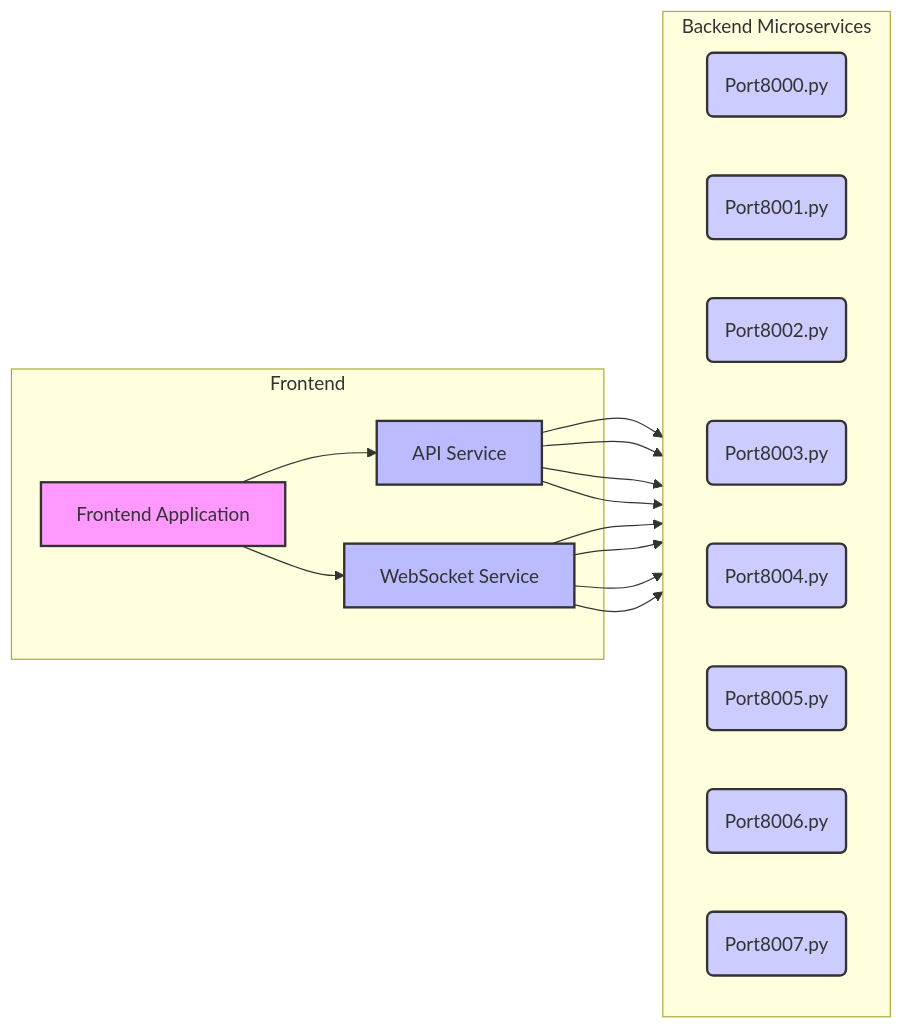
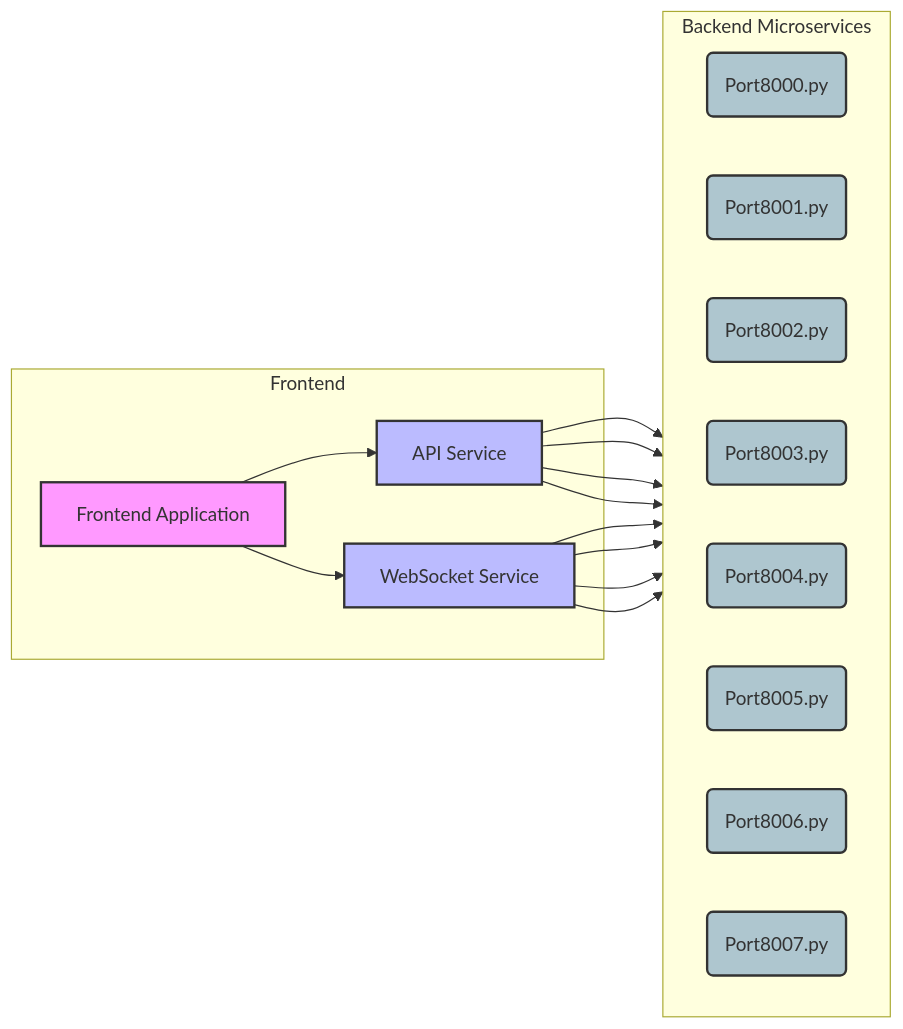
Before and after one commit to chaitanyamurarka/trading_platform_v11: the first of 2 diagrams in README.md, drawn with Mermaid.

````diff
--- a/README.md
+++ b/README.md
@@ -95,31 +95,31 @@
 ```mermaid
 graph LR
     subgraph Frontend
         F[Frontend Application] --> FA[API Service]
         F --> FW[WebSocket Service]
     end
 
     subgraph Backend Microservices
         direction LR
         FA --> B0(Port8000.py)
         FA --> B1(Port8001.py)
         FW --> B2(Port8002.py)
         FW --> B3(Port8003.py)
         FA --> B4(Port8004.py)
         FA --> B5(Port8005.py)
         FW --> B6(Port8006.py)
         FW --> B7(Port8007.py)
     end
 
     style F fill:#f9f,stroke:#333,stroke-width:2px
     style FA fill:#bbf,stroke:#333,stroke-width:2px
     style FW fill:#bbf,stroke:#333,stroke-width:2px
-    style B0 fill:#ccf,stroke:#333,stroke-width:2px
-    style B1 fill:#ccf,stroke:#333,stroke-width:2px
-    style B2 fill:#ccf,stroke:#333,stroke-width:2px
-    style B3 fill:#ccf,stroke:#333,stroke-width:2px
-    style B4 fill:#ccf,stroke:#333,stroke-width:2px
-    style B5 fill:#ccf,stroke:#333,stroke-width:2px
-    style B6 fill:#ccf,stroke:#333,stroke-width:2px
-    style B7 fill:#ccf,stroke:#333,stroke-width:2px
+    style B0 fill:#AEC6CF,stroke:#333,stroke-width:2px
+    style B1 fill:#AEC6CF,stroke:#333,stroke-width:2px
+    style B2 fill:#AEC6CF,stroke:#333,stroke-width:2px
+    style B3 fill:#AEC6CF,stroke:#333,stroke-width:2px
+    style B4 fill:#AEC6CF,stroke:#333,stroke-width:2px
+    style B5 fill:#AEC6CF,stroke:#333,stroke-width:2px
+    style B6 fill:#AEC6CF,stroke:#333,stroke-width:2px
+    style B7 fill:#AEC6CF,stroke:#333,stroke-width:2px
 ```
````
